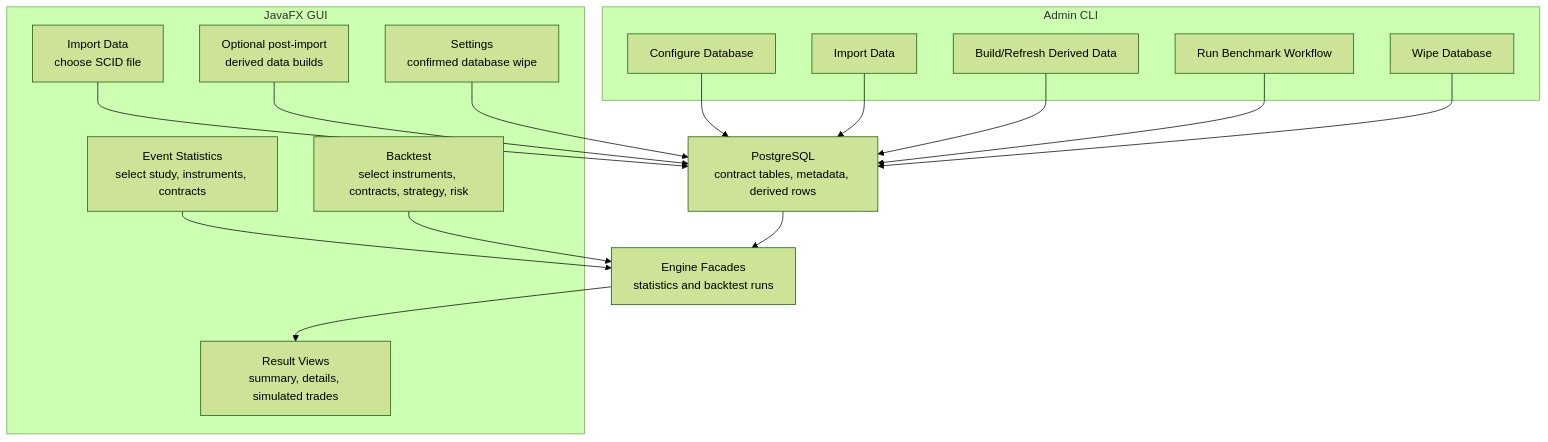
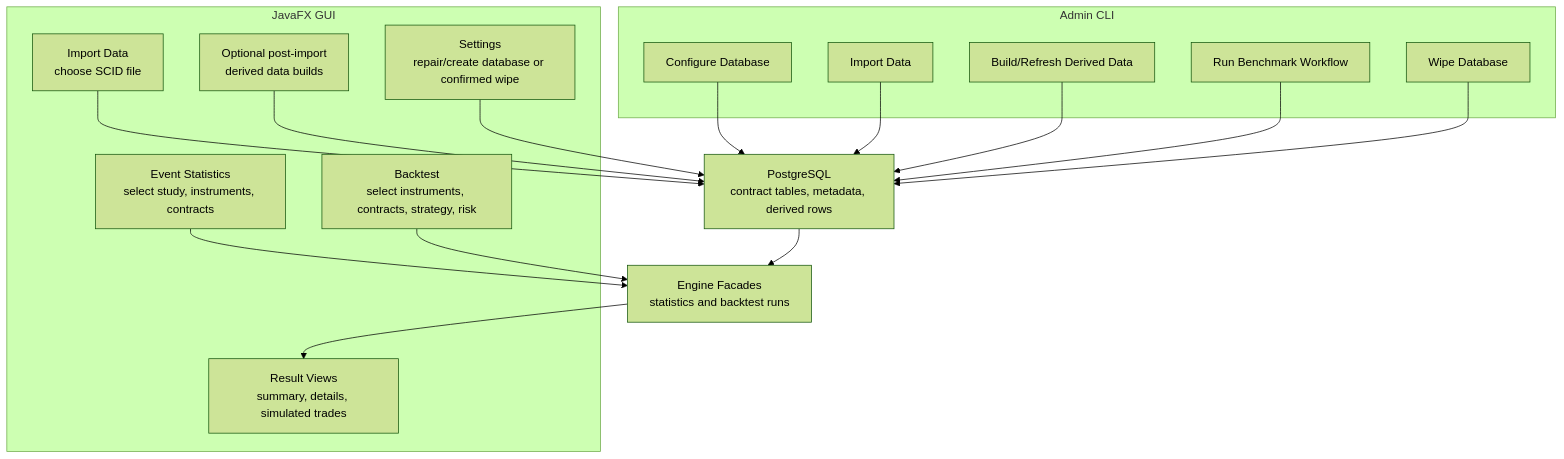
The first of 3 diagrams in docs/diagrams/workflow-sequences.md (probst-paul/FORGE), drawn with Mermaid (forest theme) before and after one commit. The commit also changed other lines of this file and 9 other files, not shown here.

First line of the commit message:
Auto-prepare DB on GUI startup and Settings repair

````diff
--- a/docs/diagrams/workflow-sequences.md
+++ b/docs/diagrams/workflow-sequences.md
@@ -5,36 +5,36 @@
 ```mermaid
 flowchart TB
     subgraph GUI["JavaFX GUI"]
         G1["Import Data<br/>choose SCID file"]
         G2["Optional post-import<br/>derived data builds"]
         G3["Event Statistics<br/>select study, instruments, contracts"]
         G4["Backtest<br/>select instruments, contracts, strategy, risk"]
         G5["Result Views<br/>summary, details, simulated trades"]
-        G6["Settings<br/>confirmed database wipe"]
+        G6["Settings<br/>repair/create database or confirmed wipe"]
     end
 
     subgraph CLI["Admin CLI"]
         C1["Configure Database"]
         C2["Import Data"]
         C3["Build/Refresh Derived Data"]
         C4["Run Benchmark Workflow"]
         C5["Wipe Database"]
     end
 
     DATA["PostgreSQL<br/>contract tables, metadata, derived rows"]
     ENGINE["Engine Facades<br/>statistics and backtest runs"]
 
     C1 --> DATA
     C2 --> DATA
     C3 --> DATA
     C4 --> DATA
     C5 --> DATA
 
     G1 --> DATA
     G2 --> DATA
     G3 --> ENGINE
     G4 --> ENGINE
     G6 --> DATA
     DATA --> ENGINE
     ENGINE --> G5
 ```
````
